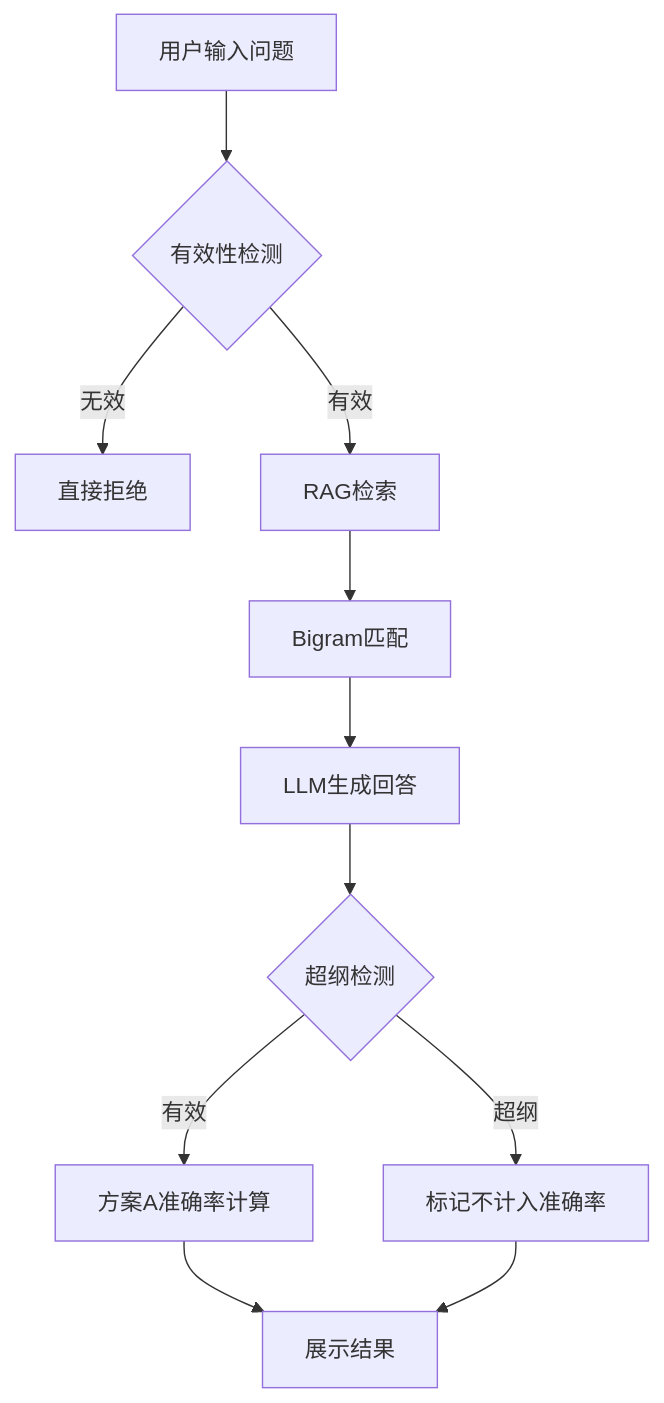
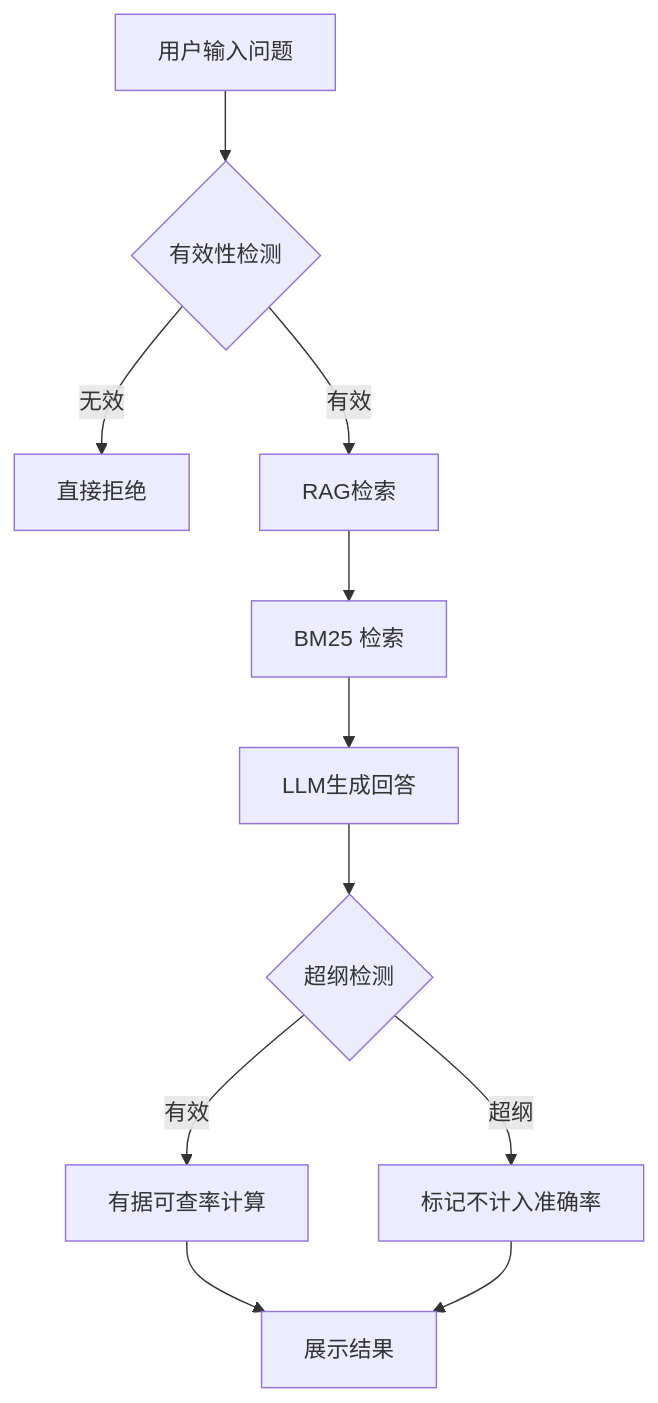
The diagram in README.md (xhygaaaaa/smart-ai), drawn with Mermaid before and after one commit. The commit also changed other lines of this file and 4 other files, not shown here.

````diff
--- a/README.md
+++ b/README.md
@@ -906,13 +967,13 @@
 ```mermaid
 graph TD
     A[用户输入问题] --> B{有效性检测}
     B -->|无效| C[直接拒绝]
     B -->|有效| D[RAG检索]
-    D --> E[Bigram匹配]
+    D --> E[BM25 检索]
     E --> F[LLM生成回答]
     F --> G{超纲检测}
     G -->|超纲| H[标记不计入准确率]
-    G -->|有效| I[方案A准确率计算]
+    G -->|有效| I[有据可查率计算]
     I --> J[展示结果]
     H --> J
 ```
````
